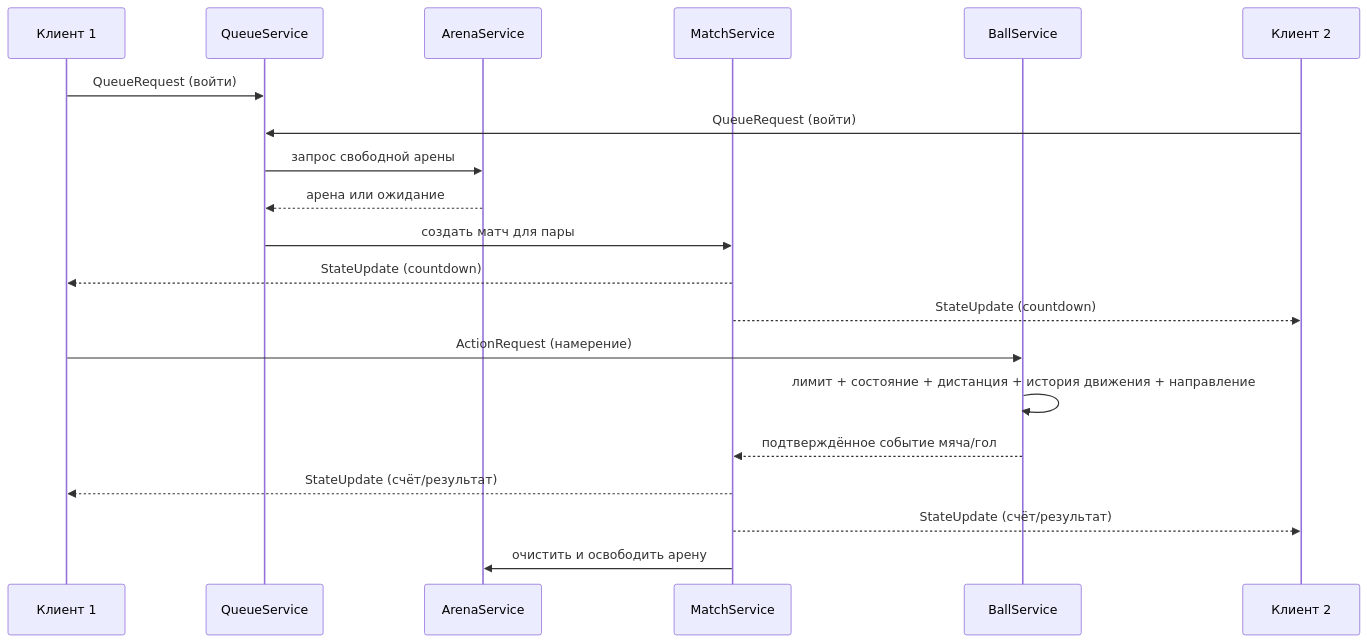
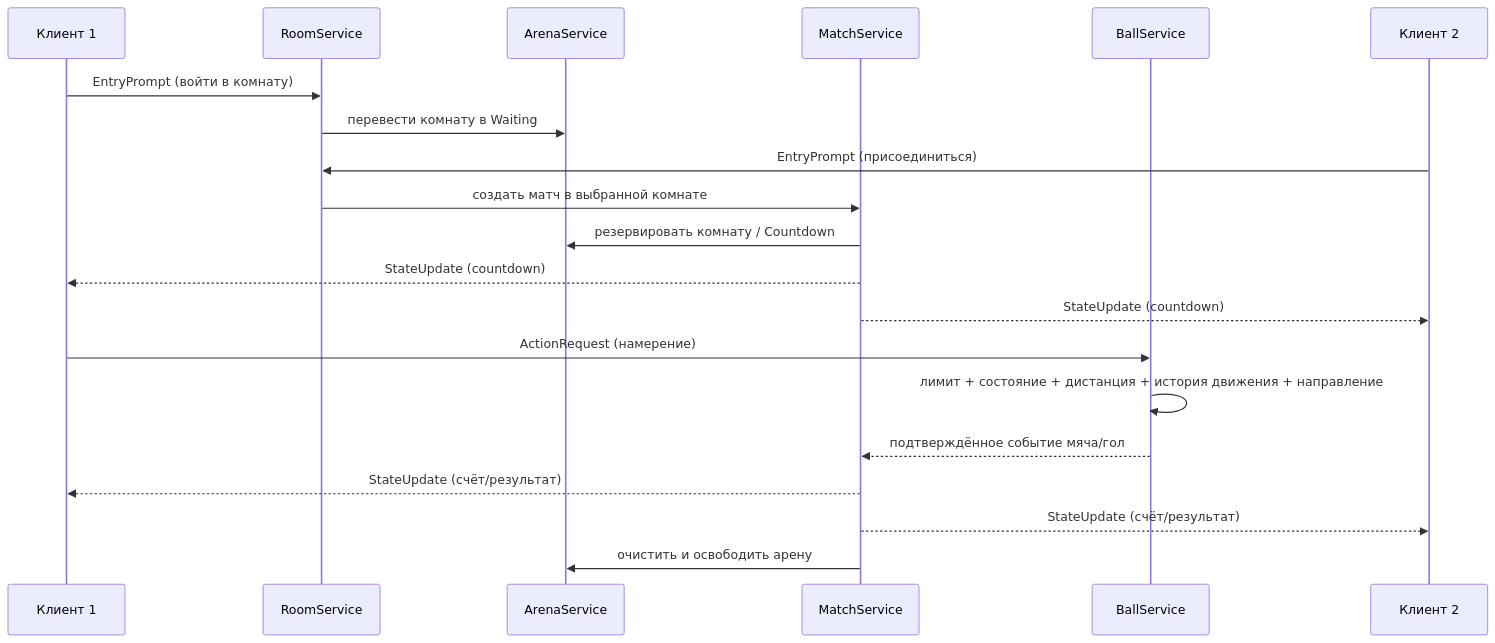
Before and after one commit to mokydek/Panna: the diagram in docs/architecture.md, drawn with Mermaid. The commit also changed other lines of this file and 41 other files, not shown here.

````diff
--- a/docs/architecture.md
+++ b/docs/architecture.md
@@ -89,23 +92,23 @@
 ```mermaid
 sequenceDiagram
     participant C1 as Клиент 1
-    participant Q as QueueService
+    participant R as RoomService
     participant A as ArenaService
     participant M as MatchService
     participant B as BallService
     participant C2 as Клиент 2
 
-    C1->>Q: QueueRequest (войти)
-    C2->>Q: QueueRequest (войти)
-    Q->>A: запрос свободной арены
-    A-->>Q: арена или ожидание
-    Q->>M: создать матч для пары
+    C1->>R: EntryPrompt (войти в комнату)
+    R->>A: перевести комнату в Waiting
+    C2->>R: EntryPrompt (присоединиться)
+    R->>M: создать матч в выбранной комнате
+    M->>A: резервировать комнату / Countdown
     M-->>C1: StateUpdate (countdown)
     M-->>C2: StateUpdate (countdown)
     C1->>B: ActionRequest (намерение)
     B->>B: лимит + состояние + дистанция + история движения + направление
     B-->>M: подтверждённое событие мяча/гол
     M-->>C1: StateUpdate (счёт/результат)
     M-->>C2: StateUpdate (счёт/результат)
     M->>A: очистить и освободить арену
 ```
````
